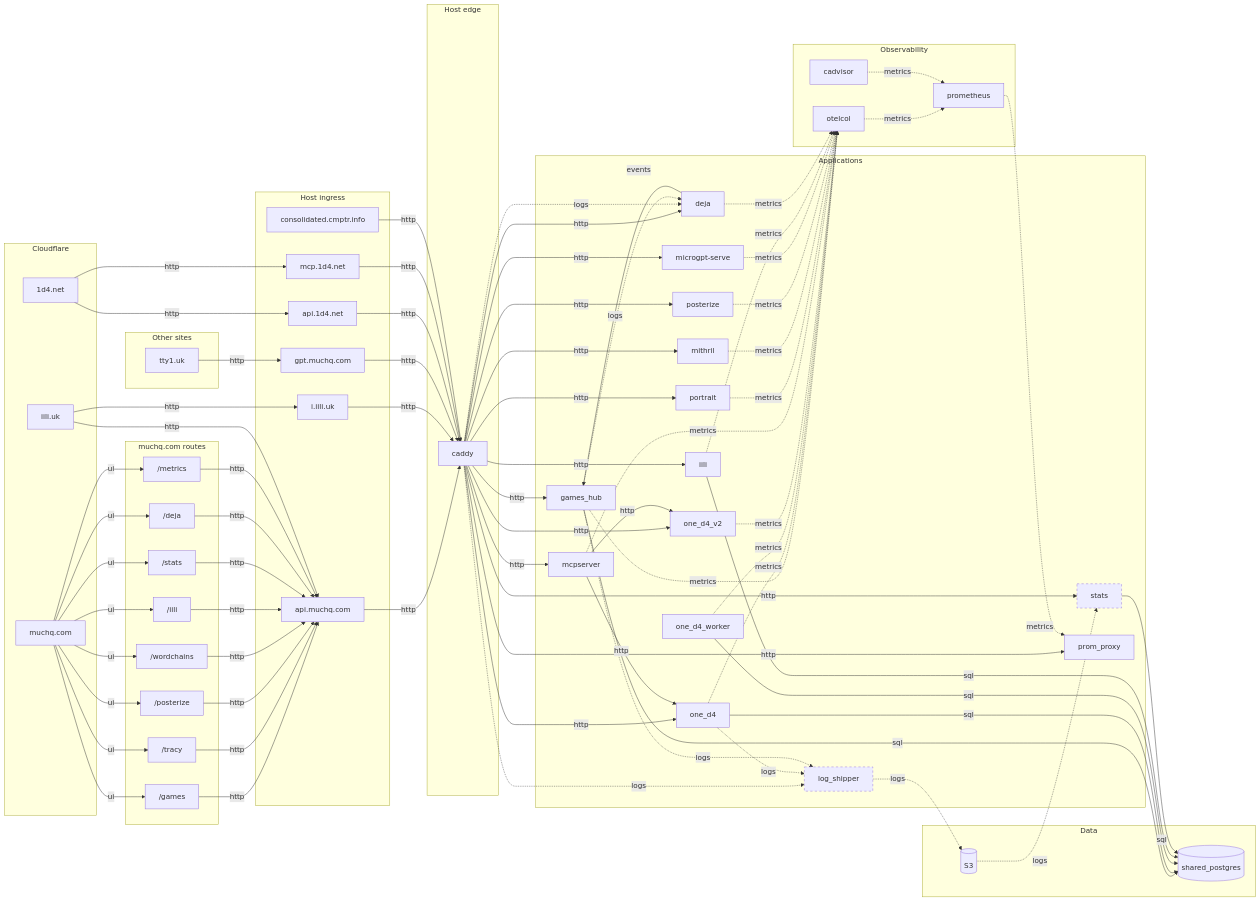
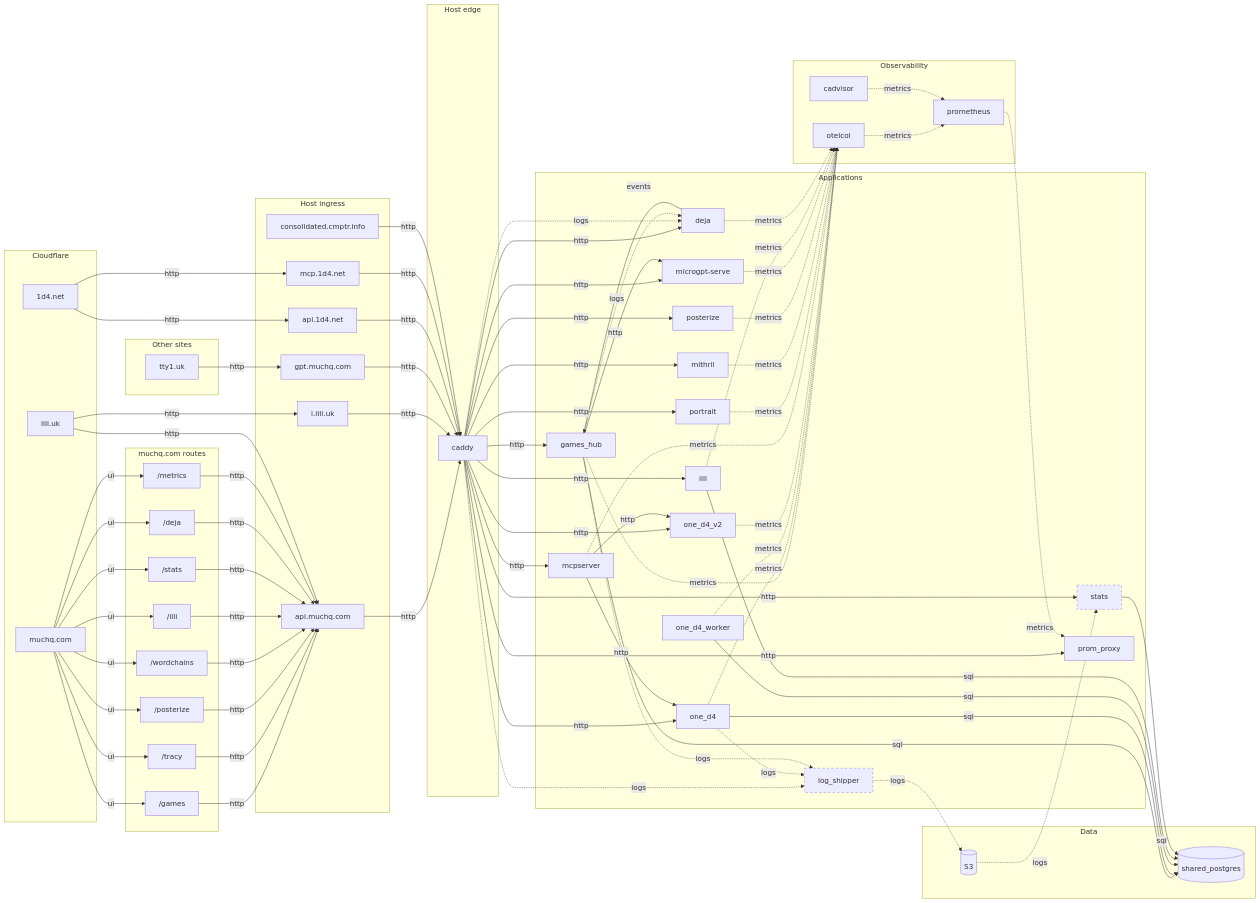
The diagram in docs/DEPLOYMENT.md (muchq/MoonBase), drawn with Mermaid before and after one commit. The commit also changed other lines of this file and 20 other files, not shown here.

First line of the commit message:
games_hub: room bot answers @bot mentions via microgpt (#1602)

```diff
--- a/docs/DEPLOYMENT.md
+++ b/docs/DEPLOYMENT.md
@@ -168,6 +169,7 @@
   deja -->|events| games_hub
 
   games_hub -->|sql| shared_postgres
+  games_hub -->|http| microgpt-serve
   one_d4 -->|sql| shared_postgres
   one_d4_worker -->|sql| shared_postgres
   iili -->|sql| shared_postgres
```
